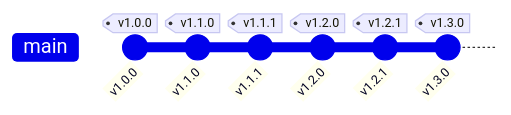
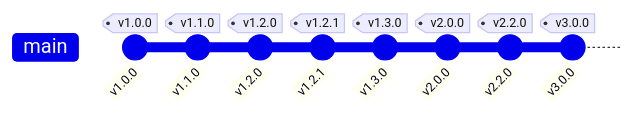
Before and after one commit to TomsTech/spotify-genre-sorter: the third of 3 diagrams in README.md, drawn with Mermaid. The commit also changed other lines of this file and 3 other files, not shown here.

````diff
--- a/README.md
+++ b/README.md
@@ -361,9 +361,11 @@
 ```mermaid
 gitGraph
    commit id: "v1.0.0" tag: "v1.0.0"
    commit id: "v1.1.0" tag: "v1.1.0"
-   commit id: "v1.1.1" tag: "v1.1.1"
    commit id: "v1.2.0" tag: "v1.2.0"
    commit id: "v1.2.1" tag: "v1.2.1"
    commit id: "v1.3.0" tag: "v1.3.0"
+   commit id: "v2.0.0" tag: "v2.0.0"
+   commit id: "v2.2.0" tag: "v2.2.0"
+   commit id: "v3.0.0" tag: "v3.0.0"
 ```
````
